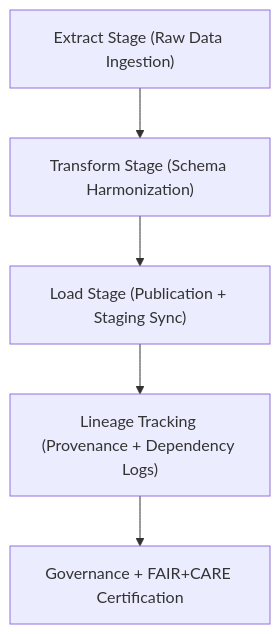
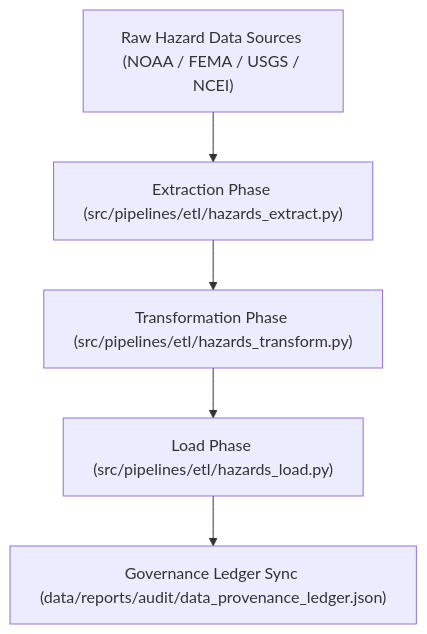
One commit to bartytime4life/Kansas-Frontier-Matrix changed the diagram in data/work/tmp/hazards/logs/etl/README.md. Above: the diagram before and after it, drawn with Mermaid. The commit also changed other lines of this file, not shown here.

````diff
--- a/data/work/tmp/hazards/logs/etl/README.md
+++ b/data/work/tmp/hazards/logs/etl/README.md
@@ -69,7 +87,7 @@
 ```mermaid
 flowchart TD
-    A["Extract Stage (Raw Data Ingestion)"] --> B["Transform Stage (Schema Harmonization)"]
-    B --> C["Load Stage (Publication + Staging Sync)"]
-    C --> D["Lineage Tracking (Provenance + Dependency Logs)"]
-    D --> E["Governance + FAIR+CARE Certification"]
+    A["Raw Hazard Data Sources (NOAA / FEMA / USGS / NCEI)"] --> B["Extraction Phase (src/pipelines/etl/hazards_extract.py)"]
+    B --> C["Transformation Phase (src/pipelines/etl/hazards_transform.py)"]
+    C --> D["Load Phase (src/pipelines/etl/hazards_load.py)"]
+    D --> E["Governance Ledger Sync (data/reports/audit/data_provenance_ledger.json)"]
 ```
````
